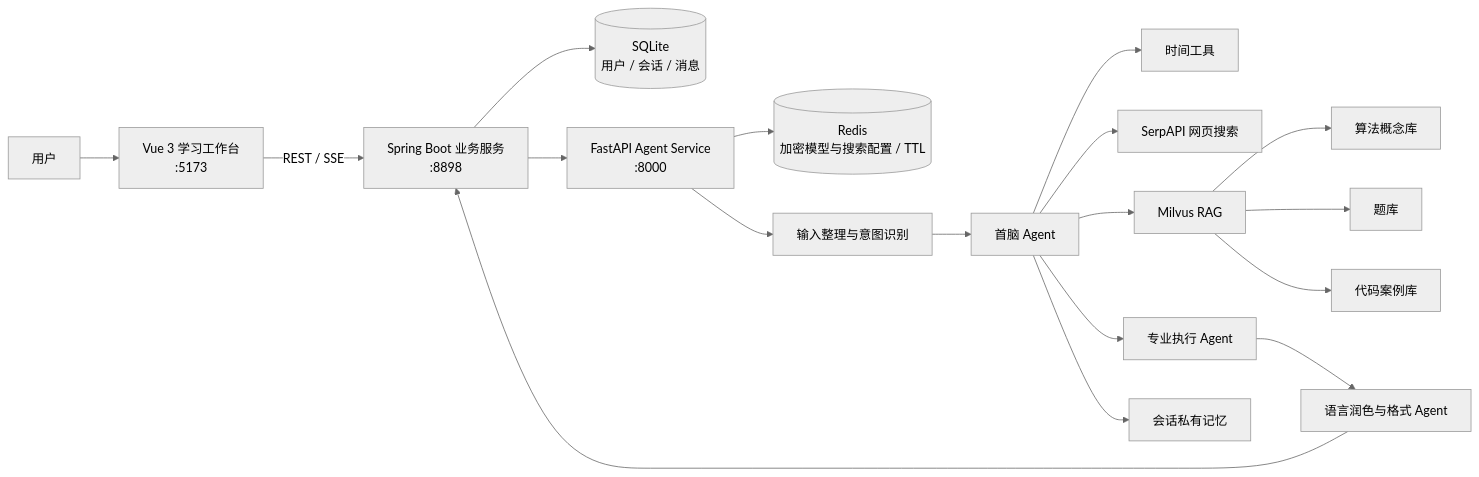
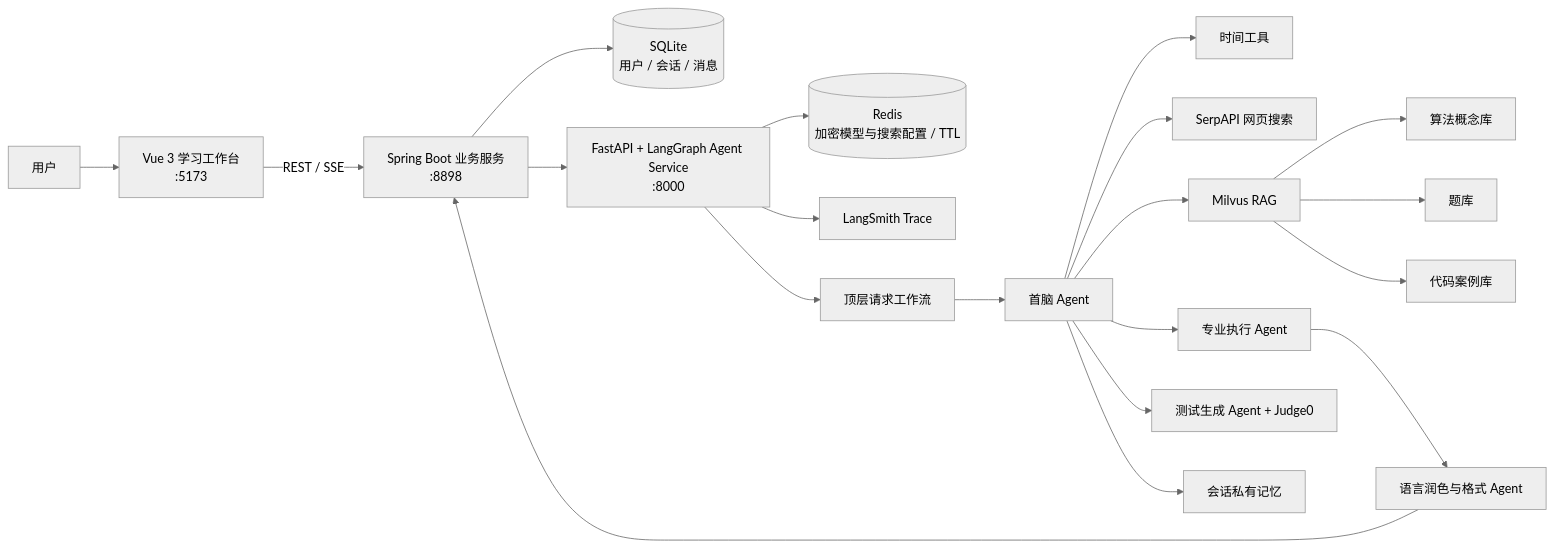
Before and after one commit to BreakSw/AIgoMate: the diagram in README.md, drawn with Mermaid (neutral theme). The commit also changed other lines of this file and 23 other files, not shown here.

Commit message:
feat: add LangGraph retrieval and Judge0 validation workflows

````diff
--- a/README.md
+++ b/README.md
@@ -22,22 +24,24 @@
 ```mermaid
 flowchart LR
     U[用户] --> V[Vue 3 学习工作台<br/>:5173]
     V -->|REST / SSE| B[Spring Boot 业务服务<br/>:8898]
     B --> S[(SQLite<br/>用户 / 会话 / 消息)]
-    B --> A[FastAPI Agent Service<br/>:8000]
+    B --> A[FastAPI + LangGraph Agent Service<br/>:8000]
     A --> KV[(Redis<br/>加密模型与搜索配置 / TTL)]
 
-    A --> I[输入整理与意图识别]
+    A --> LS[LangSmith Trace]
+    A --> I[顶层请求工作流]
     I --> C[首脑 Agent]
     C --> T[时间工具]
     C --> W[SerpAPI 网页搜索]
     C --> R[Milvus RAG]
     C --> E[专业执行 Agent]
+    C --> J[测试生成 Agent + Judge0]
     C --> M[会话私有记忆]
     E --> P[语言润色与格式 Agent]
     P --> B
 
     R --> R1[算法概念库]
     R --> R2[题库]
     R --> R3[代码案例库]
 ```
````
